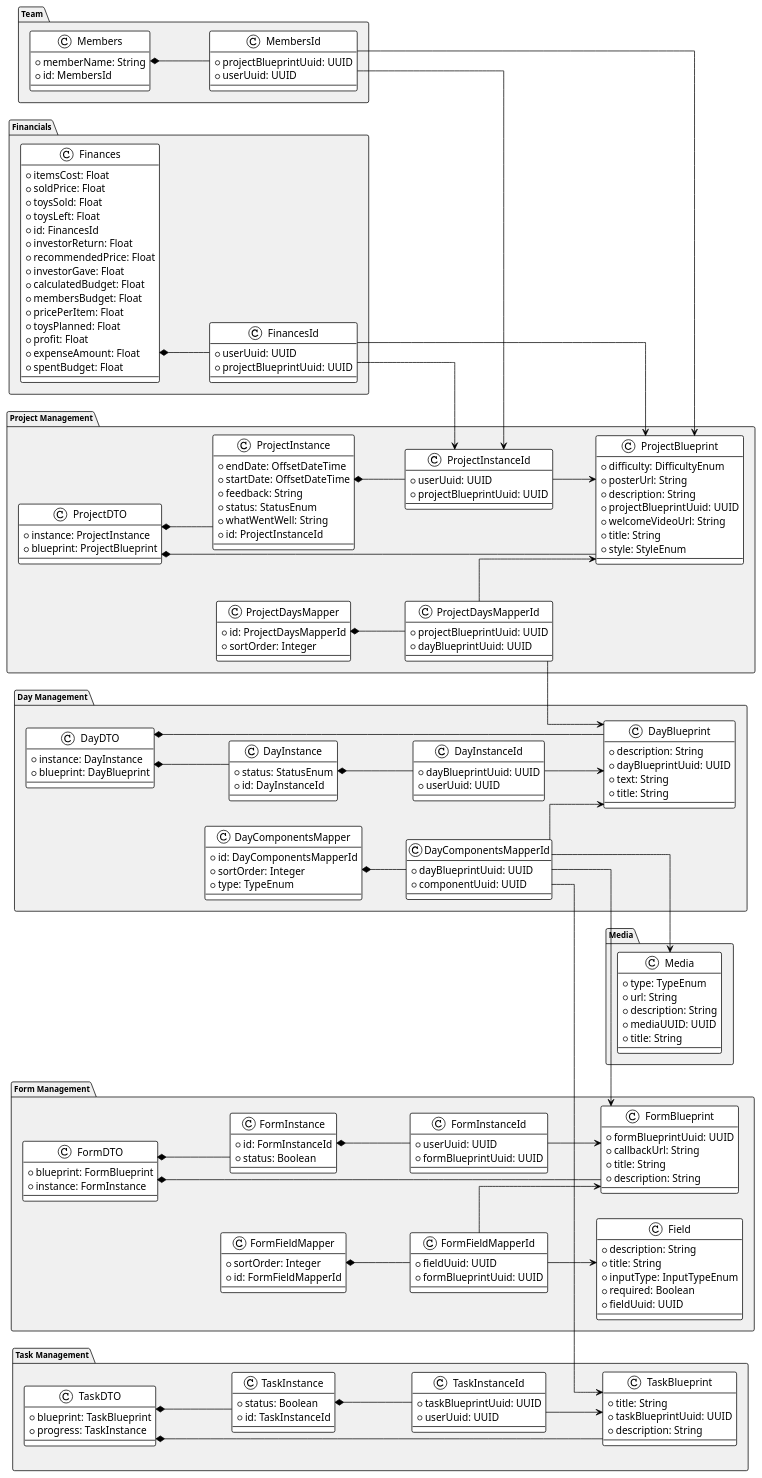
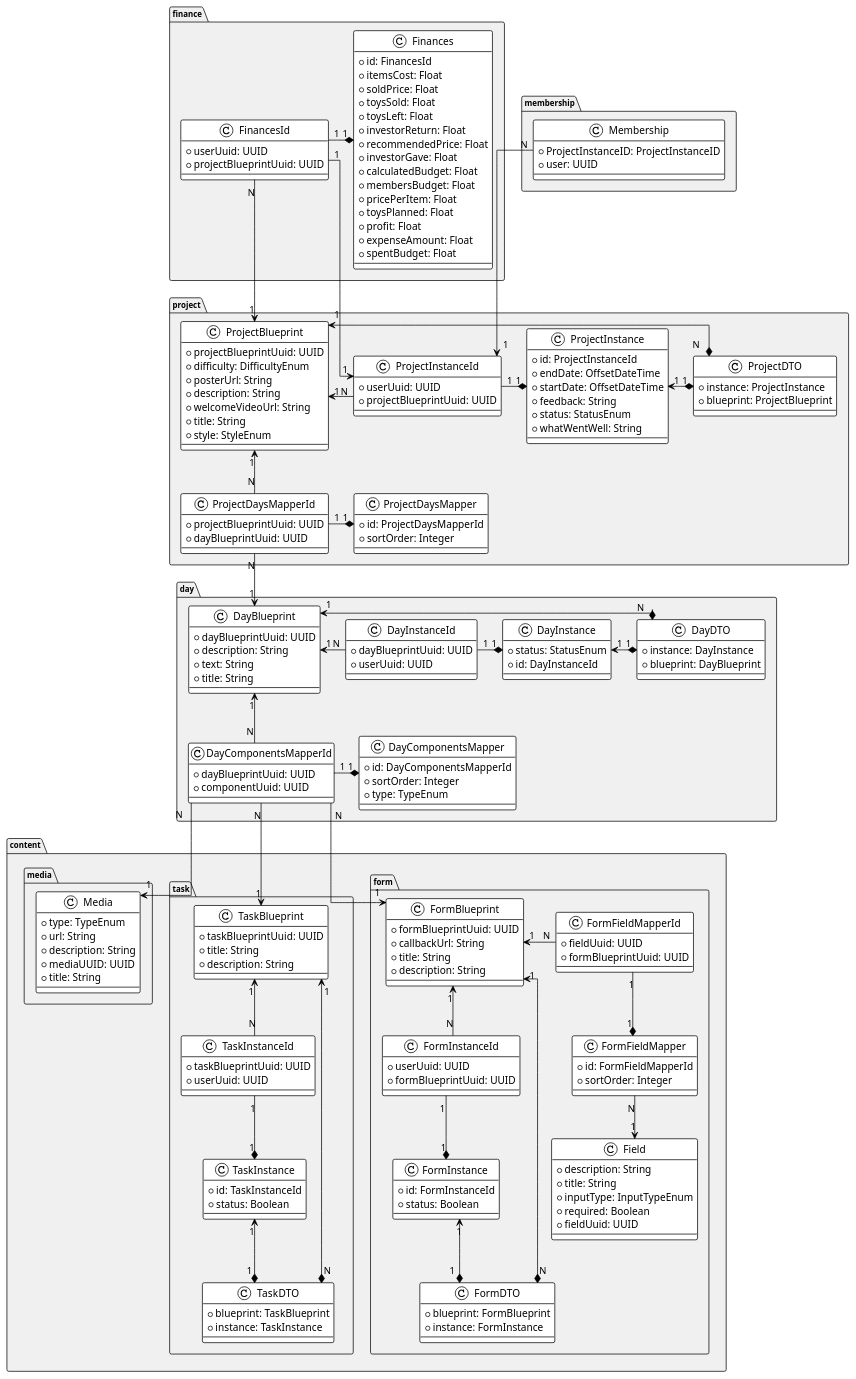
One commit to dmr4eg/la-infrastructure changed the diagram in docs/analysis/classes-diagram/classes-diag.plantuml. Above: the diagram before and after it, drawn with PlantUML. The commit also changed 10 other files, not shown here.

```diff
--- a/docs/analysis/classes-diagram/classes-diag.plantuml
+++ b/docs/analysis/classes-diagram/classes-diag.plantuml
@@ -1,237 +1,237 @@
 @startuml
 
 !theme plain
-left to right direction
+
 skinparam linetype ortho
+
 skinparam package {
     FontSize 11
     FontStyle bold
     BackgroundColor #F0F0F0
 }
 
-package "Day Management" {
-  class DayBlueprint {
-    * description: String
-    * dayBlueprintUuid: UUID
-    * text: String
-    * title: String
-  }
+package "project" {
+    class ProjectBlueprint {
+        * projectBlueprintUuid: UUID
+        * difficulty: DifficultyEnum
+        * posterUrl: String
+        * description: String
+        * welcomeVideoUrl: String
+        * title: String
+        * style: StyleEnum
+    }
 
-  class DayComponentsMapper {
-    * id: DayComponentsMapperId
-    * sortOrder: Integer
-    * type: TypeEnum
-  }
+    class ProjectInstanceId {
+        * userUuid: UUID
+        * projectBlueprintUuid: UUID
+    }
 
-  class DayComponentsMapperId {
-    * dayBlueprintUuid: UUID
-    * componentUuid: UUID
-  }
+    class ProjectInstance {
+        * id: ProjectInstanceId
+        * endDate: OffsetDateTime
+        * startDate: OffsetDateTime
+        * feedback: String
+        * status: StatusEnum
+        * whatWentWell: String
+    }
 
-  class DayDTO {
-    * instance: DayInstance
-    * blueprint: DayBlueprint
-  }
+    class ProjectDTO {
+        * instance: ProjectInstance
+        * blueprint: ProjectBlueprint
+    }
 
-  class DayInstance {
-    * status: StatusEnum
-    * id: DayInstanceId
-  }
+    class ProjectDaysMapperId {
+        * projectBlueprintUuid: UUID
+        * dayBlueprintUuid: UUID
+    }
 
-  class DayInstanceId {
-    * dayBlueprintUuid: UUID
-    * userUuid: UUID
-  }
+    class ProjectDaysMapper {
+        * id: ProjectDaysMapperId
+        * sortOrder: Integer
+    }
+
 }
 
-package "Project Management" {
-  class ProjectBlueprint {
-    * difficulty: DifficultyEnum
-    * posterUrl: String
-    * description: String
-    * projectBlueprintUuid: UUID
-    * welcomeVideoUrl: String
-    * title: String
-    * style: StyleEnum
-  }
-
-  class ProjectDTO {
-    * instance: ProjectInstance
-    * blueprint: ProjectBlueprint
-  }
-
-  class ProjectDaysMapper {
-    * id: ProjectDaysMapperId
-    * sortOrder: Integer
-  }
-
-  class ProjectDaysMapperId {
-    * projectBlueprintUuid: UUID
-    * dayBlueprintUuid: UUID
-  }
-
-  class ProjectInstance {
-    * endDate: OffsetDateTime
-    * startDate: OffsetDateTime
-    * feedback: String
-    * status: StatusEnum
-    * whatWentWell: String
-    * id: ProjectInstanceId
-  }
-
-  class ProjectInstanceId {
-    * userUuid: UUID
-    * projectBlueprintUuid: UUID
-  }
+package "membership" {
+    class Membership {
+        * ProjectInstanceID: ProjectInstanceID
+        * user: UUID
+    }
 }
 
-package "Form Management" {
-  class Field {
-    * description: String
-    * title: String
-    * inputType: InputTypeEnum
-    * required: Boolean
-    * fieldUuid: UUID
-  }
+package "day" {
+    class DayBlueprint {
+        * dayBlueprintUuid: UUID
+        * description: String
+        * text: String
+        * title: String
+    }
 
-  class FormBlueprint {
-    * formBlueprintUuid: UUID
-    * callbackUrl: String
-    * title: String
-    * description: String
-  }
+    class DayInstanceId {
+        * dayBlueprintUuid: UUID
+        * userUuid: UUID
+    }
 
-  class FormDTO {
-    * blueprint: FormBlueprint
-    * instance: FormInstance
-  }
+    class DayInstance {
+        * status: StatusEnum
+        * id: DayInstanceId
+    }
 
-  class FormFieldMapper {
-    * sortOrder: Integer
-    * id: FormFieldMapperId
-  }
+    class DayDTO {
+        * instance: DayInstance
+        * blueprint: DayBlueprint
+    }
 
-  class FormFieldMapperId {
-    * fieldUuid: UUID
-    * formBlueprintUuid: UUID
-  }
+    class DayComponentsMapperId {
+        * dayBlueprintUuid: UUID
+        * componentUuid: UUID
+    }
 
-  class FormInstance {
-    * id: FormInstanceId
-    * status: Boolean
-  }
-
-  class FormInstanceId {
-    * userUuid: UUID
-    * formBlueprintUuid: UUID
-  }
+    class DayComponentsMapper {
+        * id: DayComponentsMapperId
+        * sortOrder: Integer
+        * type: TypeEnum
+    }
 }
 
-package "Task Management" {
-  class TaskBlueprint {
-    * title: String
-    * taskBlueprintUuid: UUID
-    * description: String
-  }
+package "content" {
+    package "form" {
+        class FormBlueprint {
+            * formBlueprintUuid: UUID
+            * callbackUrl: String
+            * title: String
+            * description: String
+        }
 
-  class TaskDTO {
-    * blueprint: TaskBlueprint
-    * progress: TaskInstance
-  }
+        class FormInstanceId {
+            * userUuid: UUID
+            * formBlueprintUuid: UUID
+        }
 
-  class TaskInstance {
-    * status: Boolean
-    * id: TaskInstanceId
-  }
+        class FormInstance {
+            * id: FormInstanceId
+            * status: Boolean
+        }
 
-  class TaskInstanceId {
-    * taskBlueprintUuid: UUID
-    * userUuid: UUID
-  }
+        class FormDTO {
+            * blueprint: FormBlueprint
+            * instance: FormInstance
+        }
+
+        class FormFieldMapperId {
+            * fieldUuid: UUID
+            * formBlueprintUuid: UUID
+        }
+
+        class FormFieldMapper {
+            * id: FormFieldMapperId
+            * sortOrder: Integer
+        }
+
+        class Field {
+            * description: String
+            * title: String
+            * inputType: InputTypeEnum
+            * required: Boolean
+            * fieldUuid: UUID
+        }
+    }
+
+    package "task" {
+        class TaskBlueprint {
+            * taskBlueprintUuid: UUID
+            * title: String
+            * description: String
+        }
+
+        class TaskInstanceId {
+            * taskBlueprintUuid: UUID
+            * userUuid: UUID
+        }
+
+        class TaskInstance {
+            * id: TaskInstanceId
+            * status: Boolean
+        }
+
+        class TaskDTO {
+            * blueprint: TaskBlueprint
+            * instance: TaskInstance
+        }
+    }
+
+    package "media" {
+        class Media {
+            * type: TypeEnum
+            * url: String
+            * description: String
+            * mediaUUID: UUID
+            * title: String
+        }
+    }
+}
+package "finance" {
+    class FinancesId {
+        * userUuid: UUID
+        * projectBlueprintUuid: UUID
+    }
+    class Finances {
+        * id: FinancesId
+        * itemsCost: Float
+        * soldPrice: Float
+        * toysSold: Float
+        * toysLeft: Float
+        * investorReturn: Float
+        * recommendedPrice: Float
+        * investorGave: Float
+        * calculatedBudget: Float
+        * membersBudget: Float
+        * pricePerItem: Float
+        * toysPlanned: Float
+        * profit: Float
+        * expenseAmount: Float
+        * spentBudget: Float
+    }
 }
 
-package "Financials" {
-  class Finances {
-    * itemsCost: Float
-    * soldPrice: Float
-    * toysSold: Float
-    * toysLeft: Float
-    * id: FinancesId
-    * investorReturn: Float
-    * recommendedPrice: Float
-    * investorGave: Float
-    * calculatedBudget: Float
-    * membersBudget: Float
-    * pricePerItem: Float
-    * toysPlanned: Float
-    * profit: Float
-    * expenseAmount: Float
-    * spentBudget: Float
-  }
+FinancesId       "1" -down-> "1" ProjectInstanceId
+FinancesId       "N" -down-> "1" ProjectBlueprint
+Finances         "1" *-left- "1" FinancesId
 
-  class FinancesId {
-    * userUuid: UUID
-    * projectBlueprintUuid: UUID
-  }
-}
+Membership        "N" -down-> "1" ProjectInstanceId
 
-package "Team" {
-  class Members {
-    * memberName: String
-    * id: MembersId
-  }
+ProjectInstanceId "N" -left-> "1" ProjectBlueprint
+ProjectInstance  "1" *-left- "1" ProjectInstanceId
+ProjectDTO       "N" *-left-> "1" ProjectBlueprint
+ProjectDTO       "1" *-left-> "1" ProjectInstance
 
-  class MembersId {
-    * projectBlueprintUuid: UUID
-    * userUuid: UUID
-  }
-}
+ProjectDaysMapperId "N" -up-> "1" ProjectBlueprint
+ProjectDaysMapperId "N" -down-> "1" DayBlueprint
+ProjectDaysMapper "1" *-left- "1" ProjectDaysMapperId
 
-package "Media" {
-  class Media {
-    * type: TypeEnum
-    * url: String
-    * description: String
-    * mediaUUID: UUID
-    * title: String
-  }
-}
+DayInstanceId    "N" -left-> "1" DayBlueprint
+DayInstance      "1" *-left- "1" DayInstanceId
+DayDTO           "N" *-left-> "1" DayBlueprint
+DayDTO           "1" *-left-> "1" DayInstance
 
-DayDTO *-- DayBlueprint
-DayDTO *-- DayInstance
-DayInstance *-- DayInstanceId
-DayComponentsMapper *-- DayComponentsMapperId
-ProjectDTO *-- ProjectBlueprint
-ProjectDTO *-- ProjectInstance
-ProjectInstance *-- ProjectInstanceId
-ProjectDaysMapper *-- ProjectDaysMapperId
-Finances *-- FinancesId
-Members *-- MembersId
-FormDTO *-- FormBlueprint
-FormDTO *-- FormInstance
-FormInstance *-- FormInstanceId
-FormFieldMapper *-- FormFieldMapperId
-TaskDTO *-- TaskBlueprint
-TaskDTO *-- TaskInstance
-TaskInstance *-- TaskInstanceId
+DayComponentsMapperId "N" -up-> "1" DayBlueprint
+DayComponentsMapperId "N" -down-> "1" Media
+DayComponentsMapperId "N" -down-> "1" TaskBlueprint
+DayComponentsMapperId "N" -down-> "1" FormBlueprint
 
-DayInstanceId --> DayBlueprint
-DayComponentsMapperId --> DayBlueprint
-ProjectInstanceId --> ProjectBlueprint
-ProjectDaysMapperId --> ProjectBlueprint
-ProjectDaysMapperId --> DayBlueprint
-FinancesId --> ProjectBlueprint
-FinancesId --> ProjectInstanceId
-MembersId --> ProjectBlueprint
-MembersId --> ProjectInstanceId
-FormFieldMapperId --> FormBlueprint
-FormFieldMapperId --> Field
-FormInstanceId --> FormBlueprint
-TaskInstanceId --> TaskBlueprint
+DayComponentsMapper "1" *-left- "1" DayComponentsMapperId
 
+TaskInstanceId   "N" -up-> "1" TaskBlueprint
+TaskInstance     "1" *-up- "1" TaskInstanceId
+TaskDTO          "N" *-up-> "1" TaskBlueprint
+TaskDTO          "1" *-up-> "1" TaskInstance
 
-DayComponentsMapperId --> Media.Media
-DayComponentsMapperId --> FormBlueprint
-DayComponentsMapperId --> TaskBlueprint
+FormInstanceId    "N" -up-> "1" FormBlueprint
+FormInstance     "1" *-up- "1" FormInstanceId
+FormDTO          "N" *-up-> "1" FormBlueprint
+FormDTO          "1" *-up-> "1" FormInstance
+FormFieldMapperId "N" -left-> "1" FormBlueprint
+FormFieldMapper  "1" *-up- "1" FormFieldMapperId
+FormFieldMapper "N" -down-> "1" Field
 
 @enduml
```
